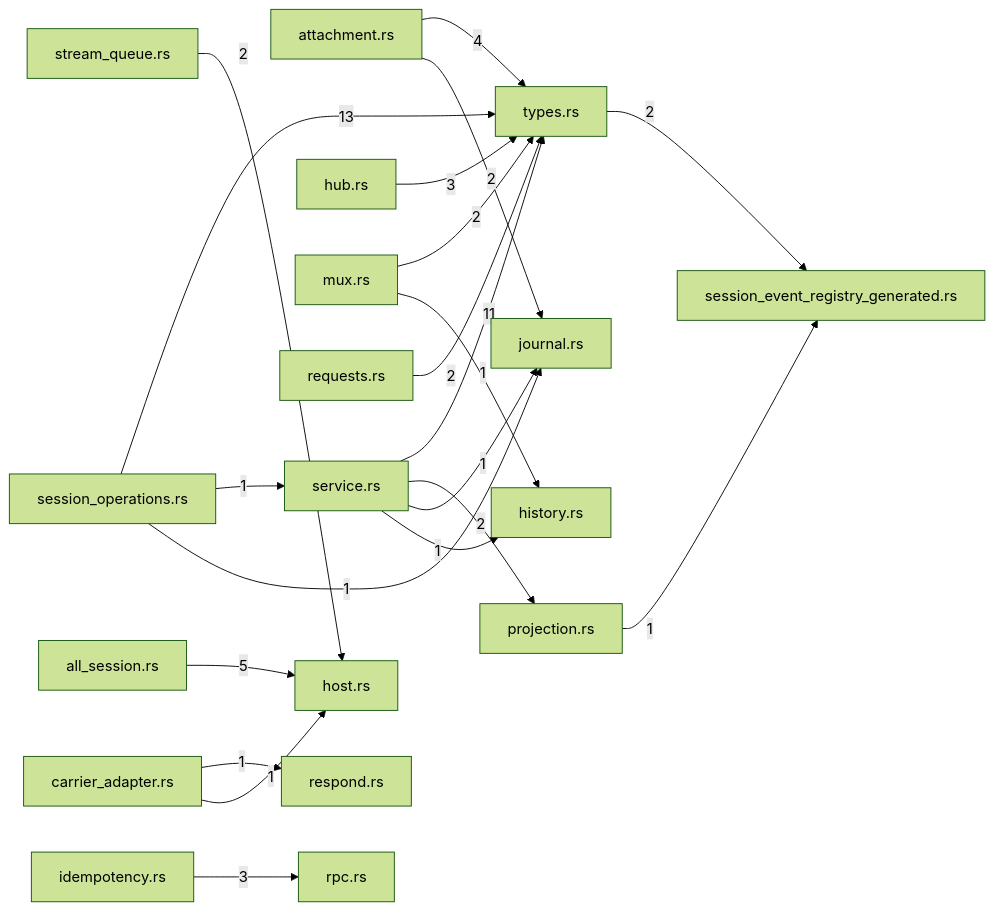
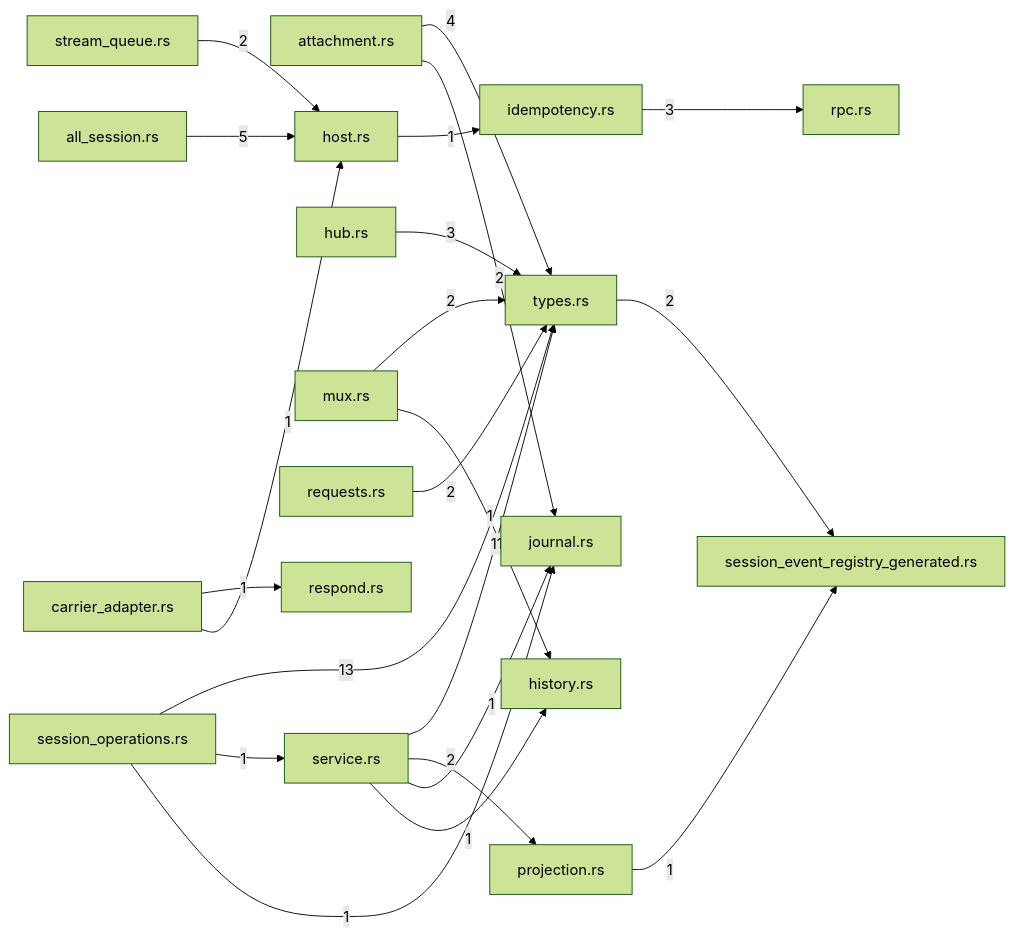
One commit to TekesApps/TekesKernel changed the diagram in crates/endpoint/docs/generated/index.md. Above: the diagram before and after it, drawn with Mermaid (forest theme). The commit also changed other lines of this file and 56 other files, not shown here.

````diff
--- a/crates/endpoint/docs/generated/index.md
+++ b/crates/endpoint/docs/generated/index.md
@@ -72,41 +72,42 @@
 ```mermaid
 flowchart LR
   m0["all_session.rs"]
   m1["attachment.rs"]
   m2["carrier_adapter.rs"]
   m3["history.rs"]
   m4["host.rs"]
   m5["hub.rs"]
   m6["idempotency.rs"]
   m7["journal.rs"]
   m8["mux.rs"]
   m9["projection.rs"]
   m10["requests.rs"]
   m11["respond.rs"]
   m12["rpc.rs"]
   m13["service.rs"]
   m14["session_event_registry_generated.rs"]
   m15["session_operations.rs"]
   m16["stream_queue.rs"]
   m17["types.rs"]
   m0 -->|"5"| m4
   m1 -->|"2"| m7
   m1 -->|"4"| m17
   m2 -->|"1"| m4
   m2 -->|"1"| m11
+  m4 -->|"1"| m6
   m5 -->|"3"| m17
   m6 -->|"3"| m12
   m8 -->|"1"| m3
   m8 -->|"2"| m17
   m9 -->|"1"| m14
   m10 -->|"2"| m17
   m13 -->|"1"| m3
   m13 -->|"1"| m7
   m13 -->|"2"| m9
   m13 -->|"11"| m17
   m15 -->|"1"| m7
   m15 -->|"1"| m13
   m15 -->|"13"| m17
   m16 -->|"2"| m4
   m17 -->|"2"| m14
 ```
````
